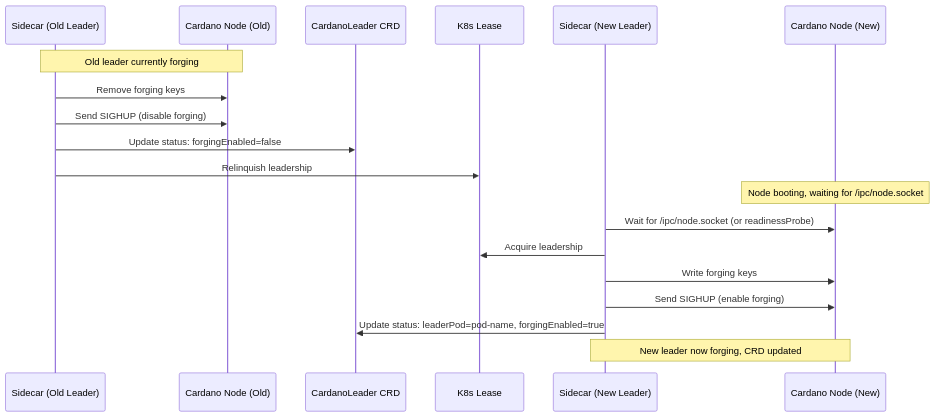
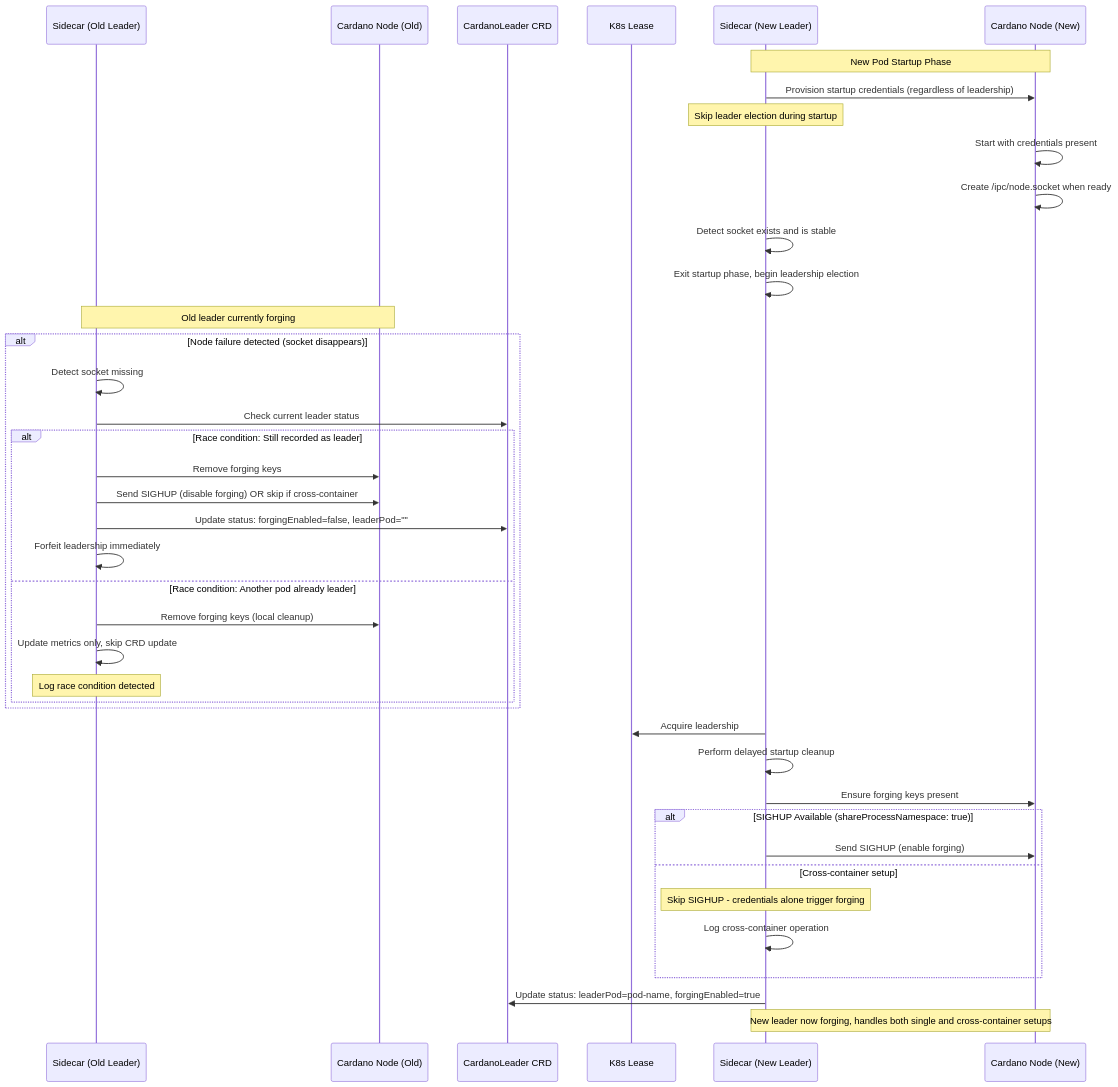
The first of 2 diagrams in cardano-k8s-dynamic-forging-requirements.md (mochipool/cardano-forge-manager), drawn with Mermaid before and after one commit. The commit also changed other lines of this file and 5 other files, not shown here.

Commit message:
fix(crd): ensure correct handling of state reset if node dies - ensure lease is only acquired if candidate for leadership - relenquish lease only when not current holder

````diff
--- a/cardano-k8s-dynamic-forging-requirements.md
+++ b/cardano-k8s-dynamic-forging-requirements.md
@@ -132,26 +152,53 @@
 ```mermaid
 sequenceDiagram
     participant Sidecar-Old as Sidecar (Old Leader)
     participant Node-Old as Cardano Node (Old)
     participant CRD as CardanoLeader CRD
     participant Lease as K8s Lease
     participant Sidecar-New as Sidecar (New Leader)
     participant Node-New as Cardano Node (New)
 
+    Note over Sidecar-New, Node-New: New Pod Startup Phase
+    
+    Sidecar-New->>Node-New: Provision startup credentials (regardless of leadership)
+    Note over Sidecar-New: Skip leader election during startup
+    
+    Node-New->>Node-New: Start with credentials present
+    Node-New->>Node-New: Create /ipc/node.socket when ready
+    
+    Sidecar-New->>Sidecar-New: Detect socket exists and is stable
+    Sidecar-New->>Sidecar-New: Exit startup phase, begin leadership election
+    
     Note over Sidecar-Old, Node-Old: Old leader currently forging
-
-    Sidecar-Old->>Node-Old: Remove forging keys
-    Sidecar-Old->>Node-Old: Send SIGHUP (disable forging)
-    Sidecar-Old->>CRD: Update status: forgingEnabled=false
-    Sidecar-Old->>Lease: Relinquish leadership
-
-    Note over Node-New: Node booting, waiting for /ipc/node.socket
-
-    Sidecar-New->>Node-New: Wait for /ipc/node.socket (or readinessProbe)
+    
+    alt Node failure detected (socket disappears)
+        Sidecar-Old->>Sidecar-Old: Detect socket missing
+        Sidecar-Old->>CRD: Check current leader status
+        
+        alt Race condition: Still recorded as leader
+            Sidecar-Old->>Node-Old: Remove forging keys
+            Sidecar-Old->>Node-Old: Send SIGHUP (disable forging) OR skip if cross-container
+            Sidecar-Old->>CRD: Update status: forgingEnabled=false, leaderPod=""
+            Sidecar-Old->>Sidecar-Old: Forfeit leadership immediately
+        else Race condition: Another pod already leader
+            Sidecar-Old->>Node-Old: Remove forging keys (local cleanup)
+            Sidecar-Old->>Sidecar-Old: Update metrics only, skip CRD update
+            Note over Sidecar-Old: Log race condition detected
+        end
+    end
+    
     Sidecar-New->>Lease: Acquire leadership
-    Sidecar-New->>Node-New: Write forging keys
-    Sidecar-New->>Node-New: Send SIGHUP (enable forging)
+    Sidecar-New->>Sidecar-New: Perform delayed startup cleanup
+    Sidecar-New->>Node-New: Ensure forging keys present
+    
+    alt SIGHUP Available (shareProcessNamespace: true)
+        Sidecar-New->>Node-New: Send SIGHUP (enable forging)
+    else Cross-container setup
+        Note over Sidecar-New: Skip SIGHUP - credentials alone trigger forging
+        Sidecar-New->>Sidecar-New: Log cross-container operation
+    end
+    
     Sidecar-New->>CRD: Update status: leaderPod=pod-name, forgingEnabled=true
 
-    Note over Sidecar-New, Node-New: New leader now forging, CRD updated
+    Note over Sidecar-New, Node-New: New leader now forging, handles both single and cross-container setups
 ```
````
